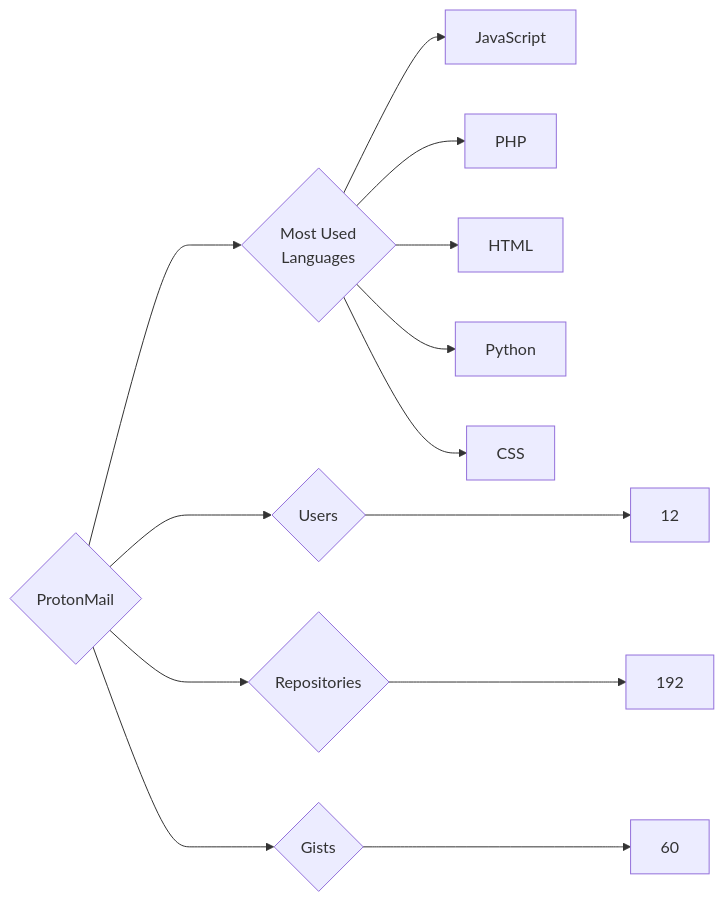
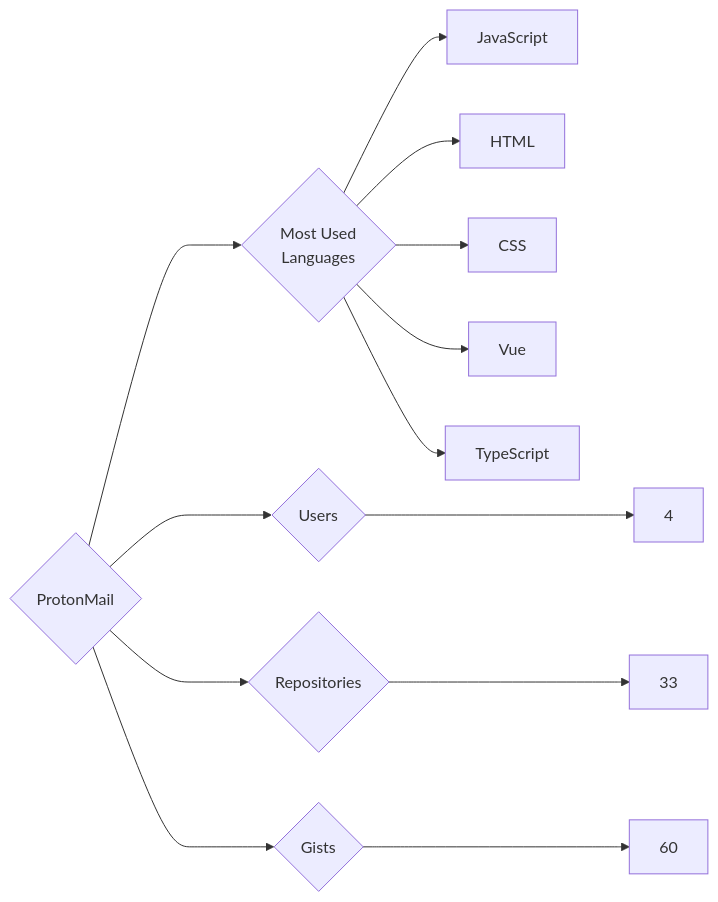
The diagram in targets/ProtonMail/README.md (trickest/insiders), drawn with Mermaid before and after one commit. The commit also changed 1496 other files, not shown here.

````diff
--- a/targets/ProtonMail/README.md
+++ b/targets/ProtonMail/README.md
@@ -3,13 +3,13 @@
 ```mermaid
 graph LR
 COMPANY_NAME{ProtonMail}
-COMPANY_NAME ---> U{Users} ---> UN[12]
-COMPANY_NAME ---> R{Repositories} ---> RN[192]
+COMPANY_NAME ---> U{Users} ---> UN[4]
+COMPANY_NAME ---> R{Repositories} ---> RN[33]
 COMPANY_NAME ---> G{Gists} ---> GN[60]
 COMPANY_NAME ---> ML{Most Used<br>Languages}
 ML --> JavaScript[JavaScript]
-ML --> PHP[PHP]
 ML --> HTML[HTML]
-ML --> Python[Python]
 ML --> CSS[CSS]
+ML --> Vue[Vue]
+ML --> TypeScript[TypeScript]
 ```
````
